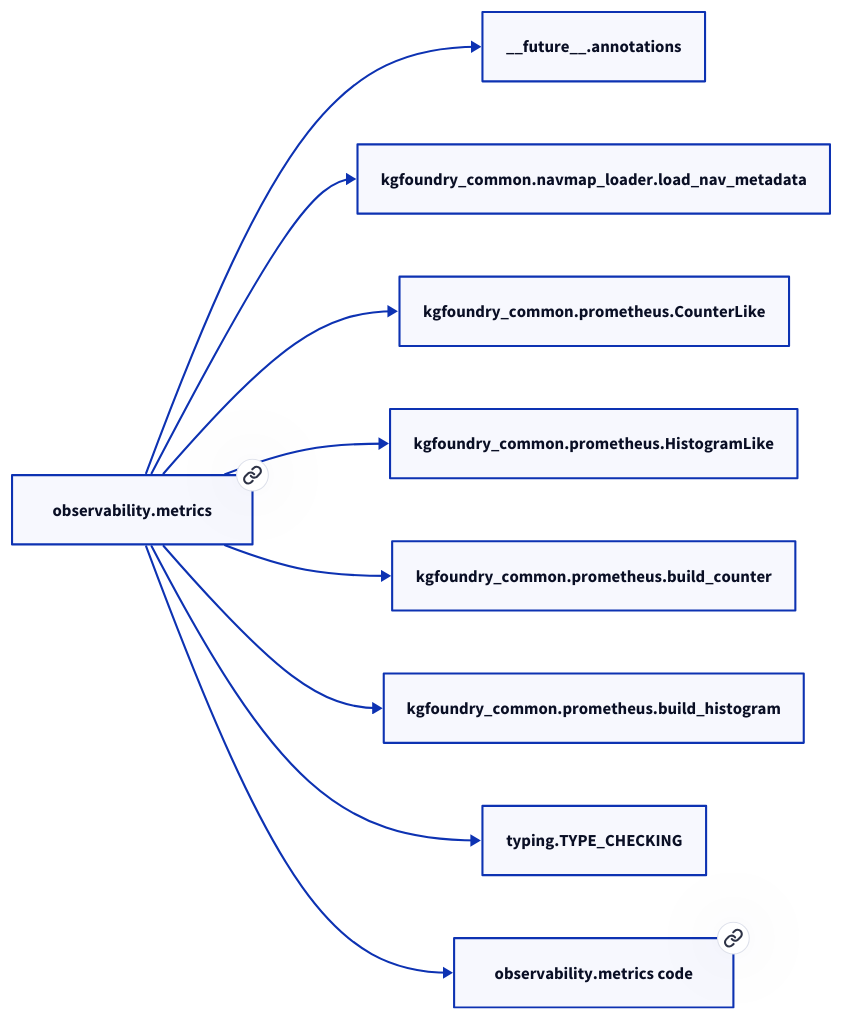
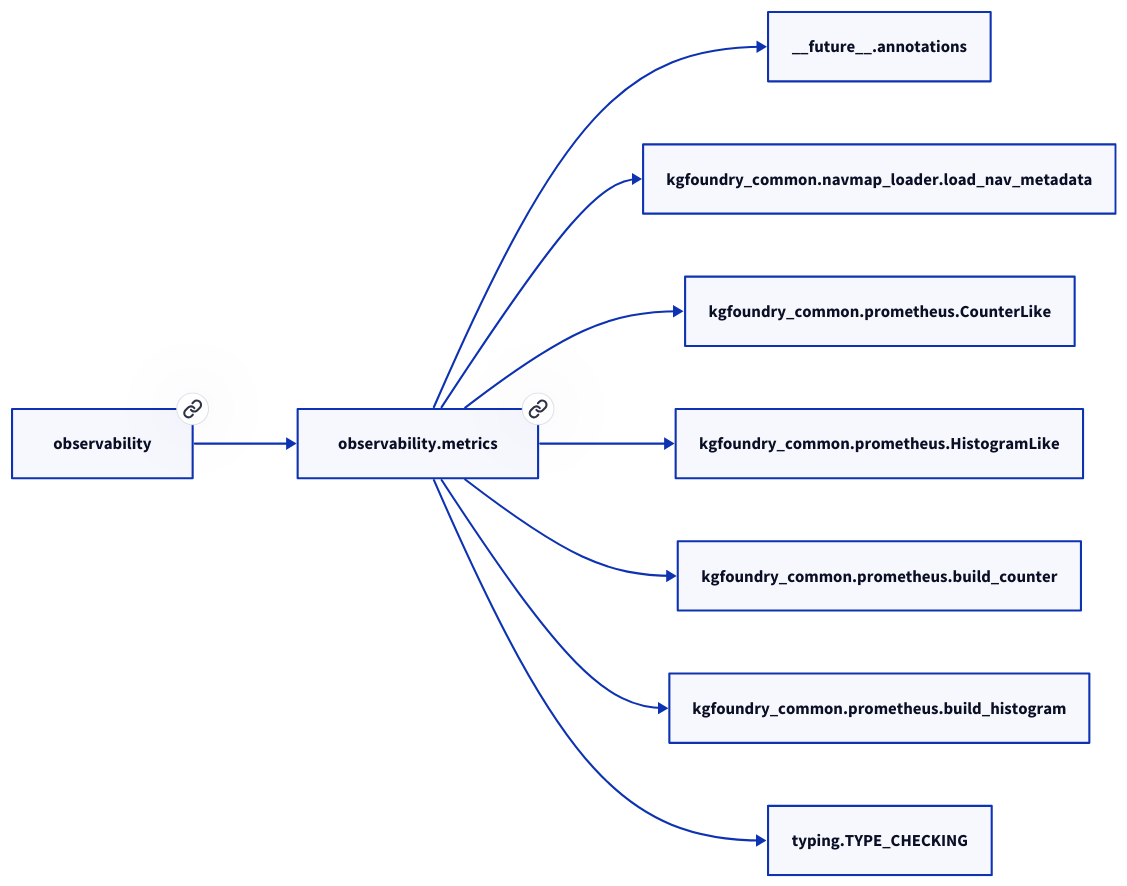
Before and after one commit to paul-heyse/kgforge: the diagram in docs/modules/observability/metrics.md, drawn with D2. The commit also changed other lines of this file and 208 other files, not shown here.

````diff
--- a/docs/modules/observability/metrics.md
+++ b/docs/modules/observability/metrics.md
@@ -17,20 +21,20 @@
 ```d2
 direction: right
-"observability.metrics": "observability.metrics" { link: "./observability/metrics.md" }
+"observability.metrics": "observability.metrics" { link: "https://github.com/paul-heyse/kgfoundry/blob/main/src/observability/metrics.py" }
 "__future__.annotations": "__future__.annotations"
 "observability.metrics" -> "__future__.annotations"
 "kgfoundry_common.navmap_loader.load_nav_metadata": "kgfoundry_common.navmap_loader.load_nav_metadata"
 "observability.metrics" -> "kgfoundry_common.navmap_loader.load_nav_metadata"
 "kgfoundry_common.prometheus.CounterLike": "kgfoundry_common.prometheus.CounterLike"
 "observability.metrics" -> "kgfoundry_common.prometheus.CounterLike"
 "kgfoundry_common.prometheus.HistogramLike": "kgfoundry_common.prometheus.HistogramLike"
 "observability.metrics" -> "kgfoundry_common.prometheus.HistogramLike"
 "kgfoundry_common.prometheus.build_counter": "kgfoundry_common.prometheus.build_counter"
 "observability.metrics" -> "kgfoundry_common.prometheus.build_counter"
 "kgfoundry_common.prometheus.build_histogram": "kgfoundry_common.prometheus.build_histogram"
 "observability.metrics" -> "kgfoundry_common.prometheus.build_histogram"
 "typing.TYPE_CHECKING": "typing.TYPE_CHECKING"
 "observability.metrics" -> "typing.TYPE_CHECKING"
-"observability.metrics_code": "observability.metrics code" { link: "https://github.com/kgfoundry/kgfoundry/blob/main/src/observability/metrics.py" }
-"observability.metrics" -> "observability.metrics_code" { style: dashed }
+"observability": "observability" { link: "https://github.com/paul-heyse/kgfoundry/blob/main/src/observability/__init__.py" }
+"observability" -> "observability.metrics" { style: dashed }
 ```
````
